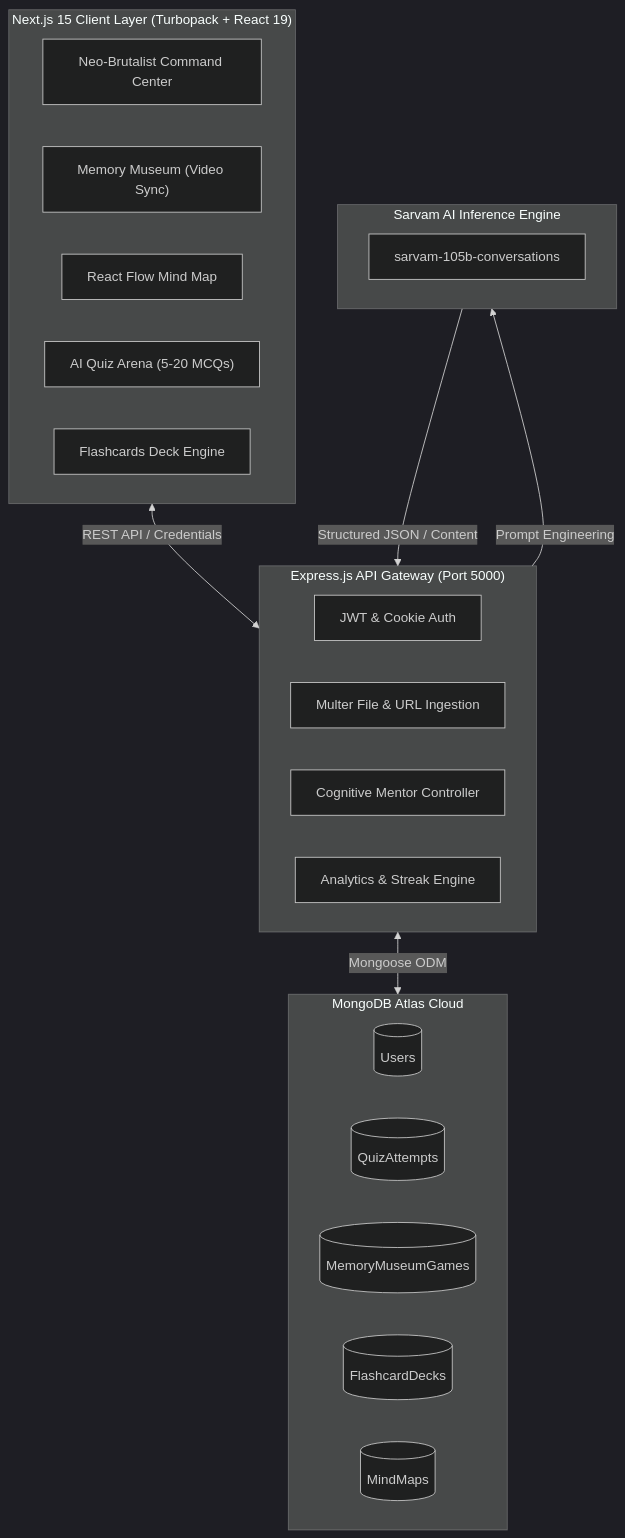
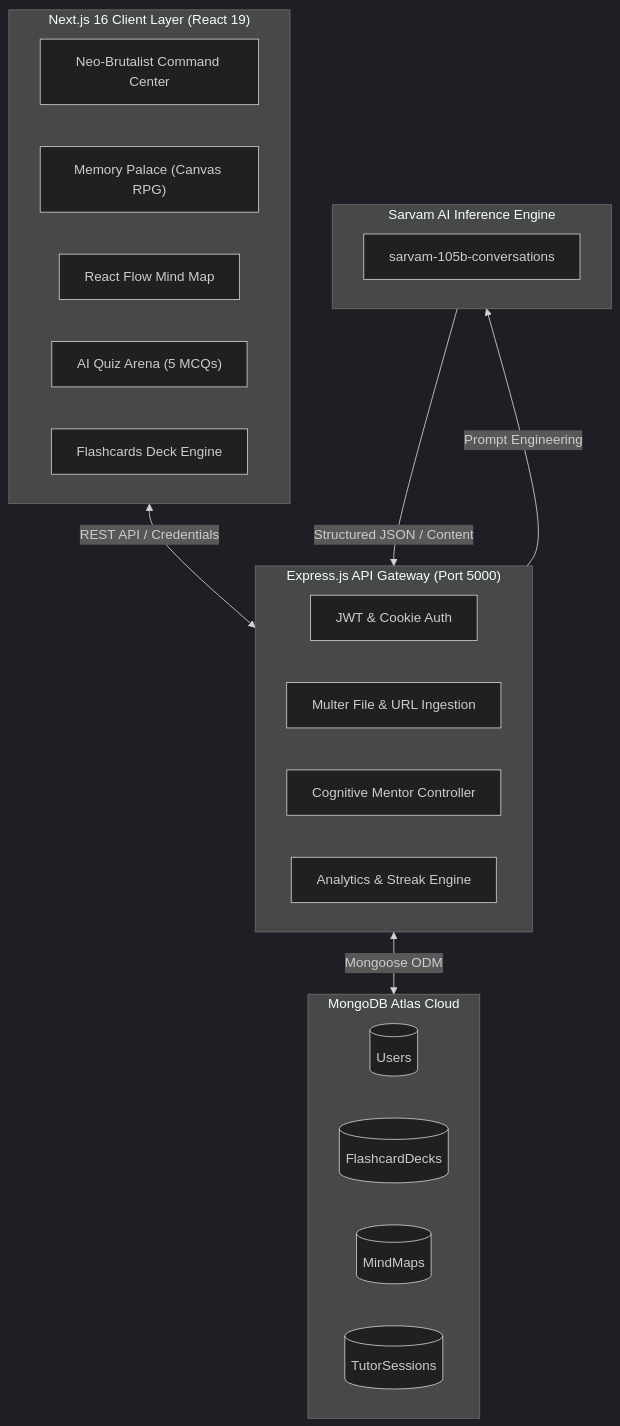
Before and after one commit to AbhishekMishra711/Lumen-AI: the diagram in README.md, drawn with Mermaid (dark theme). The commit also changed other lines of this file and 14 other files, not shown here.

First line of the commit message:
Enhanced v0.1.0: Memory Palace, Quiz Arena, and UI Improvements

````diff
--- a/README.md
+++ b/README.md
@@ -77,34 +77,33 @@
 ```mermaid
 flowchart TB
-    subgraph Client["Next.js 15 Client Layer (Turbopack + React 19)"]
+    subgraph Client["Next.js 16 Client Layer (React 19)"]
         UI["Neo-Brutalist Command Center"]
-        MM["Memory Museum (Video Sync)"]
+        MM["Memory Palace (Canvas RPG)"]
         Map["React Flow Mind Map"]
-        Quiz["AI Quiz Arena (5-20 MCQs)"]
+        Quiz["AI Quiz Arena (5 MCQs)"]
         FC["Flashcards Deck Engine"]
     end
 
     subgraph Server["Express.js API Gateway (Port 5000)"]
         Auth["JWT & Cookie Auth"]
         Upload["Multer File & URL Ingestion"]
         Tutor["Cognitive Mentor Controller"]
         Dash["Analytics & Streak Engine"]
     end
 
     subgraph AI["Sarvam AI Inference Engine"]
         LLM["sarvam-105b-conversations"]
     end
 
     subgraph DB["MongoDB Atlas Cloud"]
         U[(Users)]
-        Q[(QuizAttempts)]
-        G[(MemoryMuseumGames)]
         F[(FlashcardDecks)]
         M[(MindMaps)]
+        T[(TutorSessions)]
     end
 
     Client <-->|REST API / Credentials| Server
     Server -->|Prompt Engineering| AI
     AI -->|Structured JSON / Content| Server
     Server <-->|Mongoose ODM| DB
 ```
````
